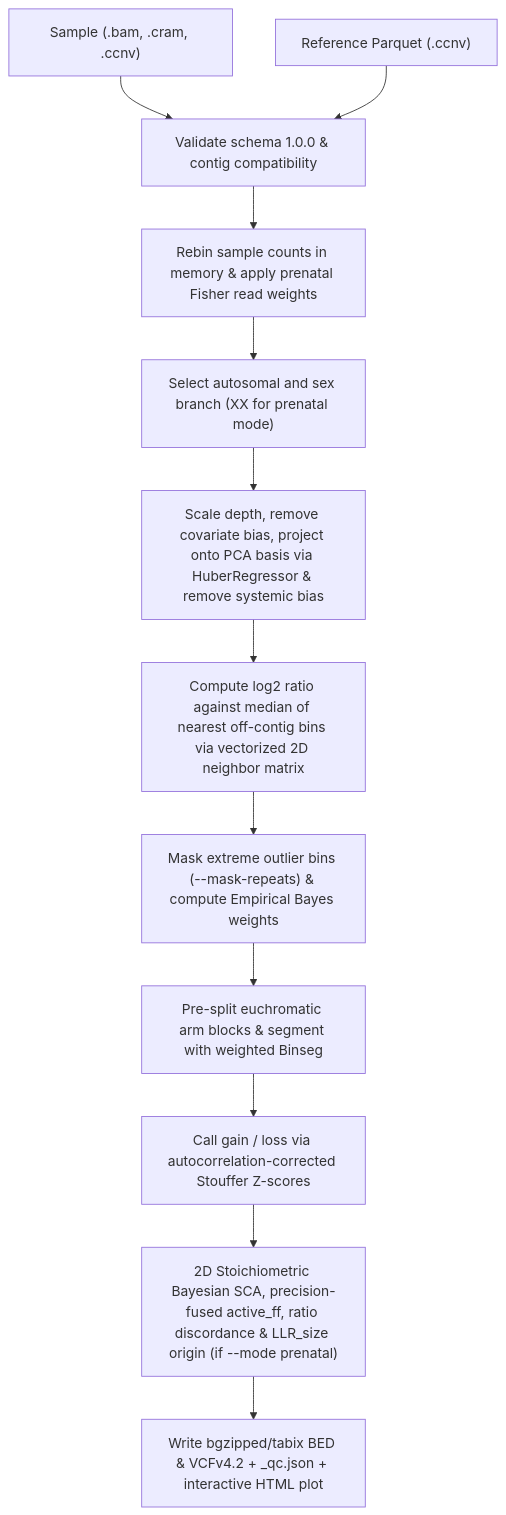
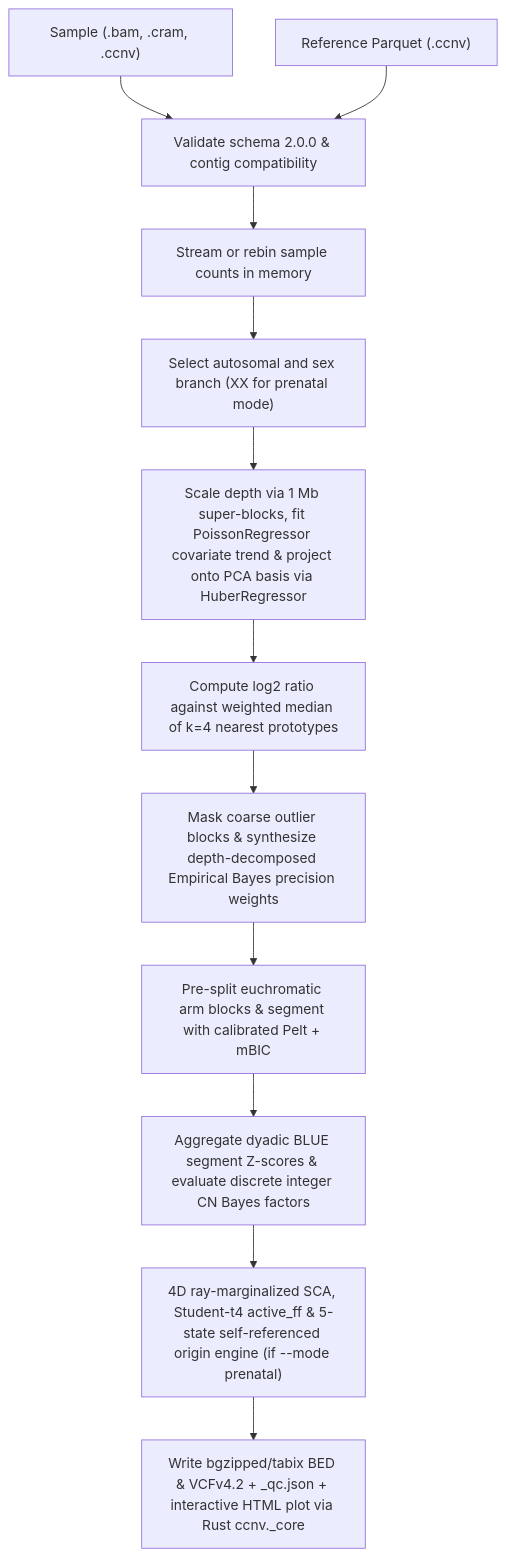
Before and after one commit to matthdsm/ccnv: the fourth of 4 diagrams in docs/pipeline.md, drawn with Mermaid. The commit also changed other lines of this file and 123 other files, not shown here.

First line of the commit message:
feat: upgrade ccnv to Schema v2.0.0 with Rust I/O core and redesigned statistical/prenatal pipeline (#24)

````diff
--- a/docs/pipeline.md
+++ b/docs/pipeline.md
@@ -95,14 +96,14 @@
 ```mermaid
 flowchart TD
-    InSample["Sample (.bam, .cram, .ccnv)"] --> LoadCompat["Validate schema 1.0.0 & contig compatibility"]
+    InSample["Sample (.bam, .cram, .ccnv)"] --> LoadCompat["Validate schema 2.0.0 & contig compatibility"]
     InRef["Reference Parquet (<reference>.ccnv)"] --> LoadCompat
-    LoadCompat --> RebinCheck["Rebin sample counts in memory & apply prenatal Fisher read weights"]
+    LoadCompat --> RebinCheck["Stream or rebin sample counts in memory"]
     RebinCheck --> BranchSelect["Select autosomal and sex branch (XX for prenatal mode)"]
-    BranchSelect --> ProjectPCA["Scale depth, remove covariate bias, project onto PCA basis via HuberRegressor & remove systemic bias"]
-    ProjectPCA --> MatchNearest["Compute log2 ratio against median of nearest off-contig bins via vectorized 2D neighbor matrix"]
-    MatchNearest --> IterativeMask["Mask extreme outlier bins (--mask-repeats) & compute Empirical Bayes weights"]
-    IterativeMask --> SegEngine["Pre-split euchromatic arm blocks & segment with weighted Binseg"]
-    SegEngine --> CallEvents["Call gain / loss via autocorrelation-corrected Stouffer Z-scores"]
-    CallEvents --> PrenatalAnnot["2D Stoichiometric Bayesian SCA, precision-fused active_ff, ratio discordance & LLR_size origin (if --mode prenatal)"]
-    PrenatalAnnot --> Outputs["Write bgzipped/tabix BED & VCFv4.2 + _qc.json + interactive HTML plot"]
+    BranchSelect --> ProjectPCA["Scale depth via 1 Mb super-blocks, fit PoissonRegressor covariate trend & project onto PCA basis via HuberRegressor"]
+    ProjectPCA --> MatchPrototypes["Compute log2 ratio against weighted median of k=4 nearest prototypes"]
+    MatchPrototypes --> IterativeMask["Mask coarse outlier blocks & synthesize depth-decomposed Empirical Bayes precision weights"]
+    IterativeMask --> SegEngine["Pre-split euchromatic arm blocks & segment with calibrated Pelt + mBIC"]
+    SegEngine --> CallEvents["Aggregate dyadic BLUE segment Z-scores & evaluate discrete integer CN Bayes factors"]
+    CallEvents --> PrenatalAnnot["4D ray-marginalized SCA, Student-t4 active_ff & 5-state self-referenced origin engine (if --mode prenatal)"]
+    PrenatalAnnot --> Outputs["Write bgzipped/tabix BED & VCFv4.2 + _qc.json + interactive HTML plot via Rust ccnv._core"]
 ```
````
